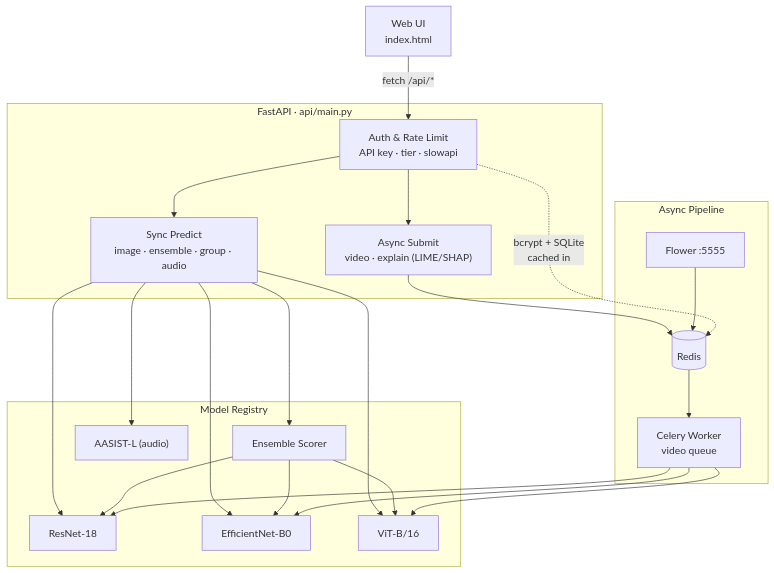
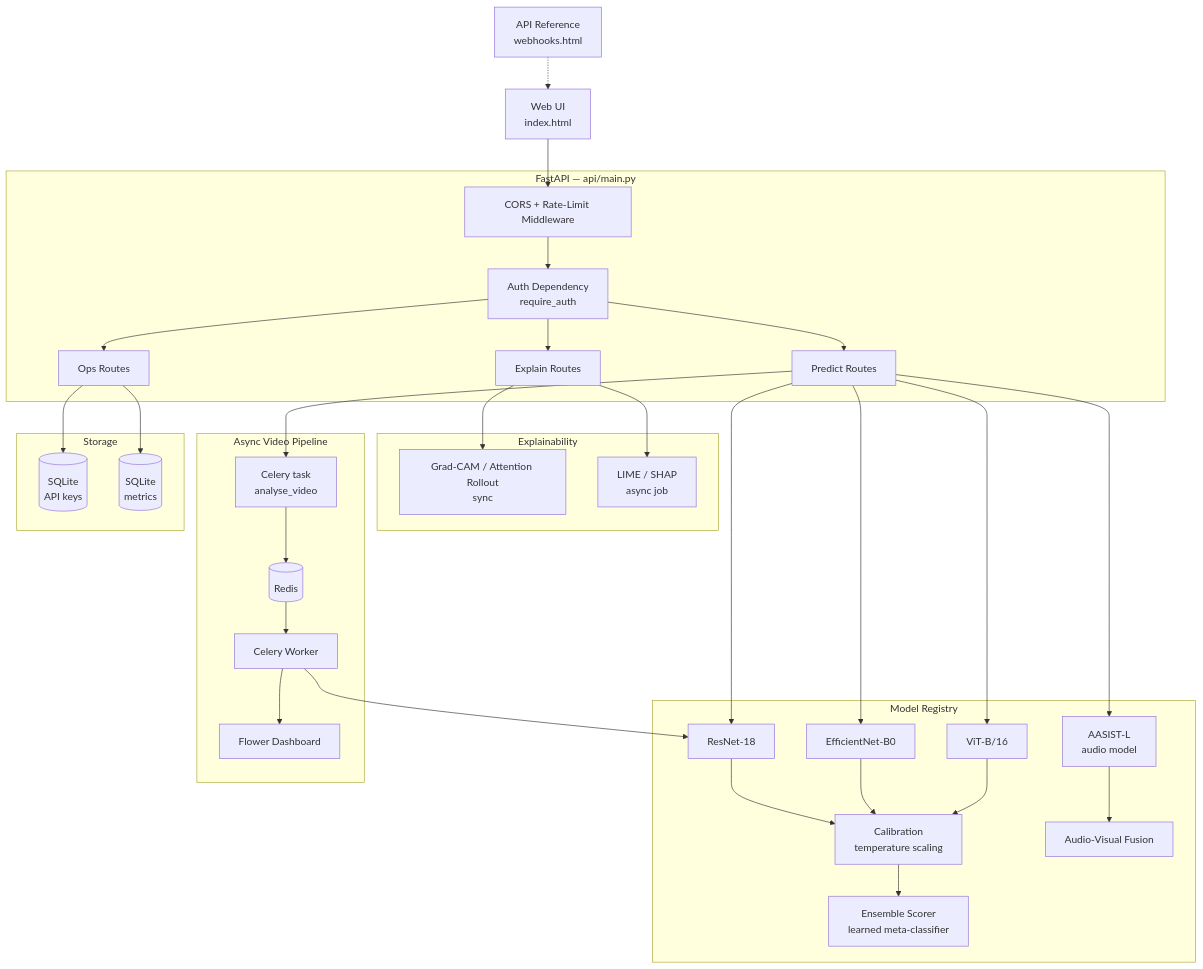
The first of 2 diagrams in README.md (obstinix/deeptrace), drawn with Mermaid before and after one commit. The commit also changed other lines of this file, not shown here.

````diff
--- a/README.md
+++ b/README.md
@@ -78,43 +89,68 @@
 ```mermaid
 flowchart TB
     UI["Web UI<br/>index.html"]
+    Docs["API Reference<br/>webhooks.html"]
 
-    subgraph API["FastAPI · api/main.py"]
-        AUTH["Auth & Rate Limit<br/>API key · tier · slowapi"]
-        SYNC["Sync Predict<br/>image · ensemble · group · audio"]
-        ASYNCEP["Async Submit<br/>video · explain (LIME/SHAP)"]
+    subgraph API["FastAPI — api/main.py"]
+        MW["CORS + Rate-Limit Middleware"]
+        AuthDep["Auth Dependency<br/>require_auth"]
+        PredictR["Predict Routes"]
+        ExplainR["Explain Routes"]
+        OpsR["Ops Routes"]
     end
 
-    subgraph MODELS["Model Registry"]
-        RN["ResNet-18"]
-        EN["EfficientNet-B0"]
-        VIT["ViT-B/16"]
-        ENSC["Ensemble Scorer"]
-        AA["AASIST-L (audio)"]
+    subgraph Registry["Model Registry"]
+        R18["ResNet-18"]
+        EffB0["EfficientNet-B0"]
+        ViT["ViT-B/16"]
+        Cal["Calibration<br/>temperature scaling"]
+        Ens["Ensemble Scorer<br/>learned meta-classifier"]
+        Audio["AASIST-L<br/>audio model"]
+        Fusion["Audio-Visual Fusion"]
     end
 
-    subgraph PIPE["Async Pipeline"]
-        REDIS[("Redis")]
-        CELERY["Celery Worker<br/>video queue"]
-        FLOWER["Flower :5555"]
+    subgraph ExplainEngine["Explainability"]
+        Fast["Grad-CAM / Attention Rollout<br/>sync"]
+        Slow["LIME / SHAP<br/>async job"]
     end
 
-    UI -->|"fetch /api/*"| AUTH
-    AUTH --> SYNC
-    AUTH --> ASYNCEP
-    SYNC --> RN
-    SYNC --> EN
-    SYNC --> VIT
-    SYNC --> AA
-    SYNC --> ENSC
-    ENSC --> RN
-    ENSC --> EN
-    ENSC --> VIT
-    ASYNCEP --> REDIS
-    REDIS --> CELERY
-    CELERY --> RN
-    CELERY --> EN
-    CELERY --> VIT
-    FLOWER --> REDIS
-    AUTH -.->|"bcrypt + SQLite<br/>cached in"| REDIS
+    subgraph AsyncVideo["Async Video Pipeline"]
+        Task["Celery task<br/>analyse_video"]
+        Redis[("Redis")]
+        Worker["Celery Worker"]
+        Flower["Flower Dashboard"]
+    end
+
+    subgraph Storage["Storage"]
+        KeyDB[("SQLite<br/>API keys")]
+        MetricsDB[("SQLite<br/>metrics")]
+    end
+
+    UI --> MW
+    Docs -.-> UI
+    MW --> AuthDep
+    AuthDep --> PredictR
+    AuthDep --> ExplainR
+    AuthDep --> OpsR
+
+    PredictR --> R18
+    PredictR --> EffB0
+    PredictR --> ViT
+    R18 --> Cal
+    EffB0 --> Cal
+    ViT --> Cal
+    Cal --> Ens
+    PredictR --> Audio
+    Audio --> Fusion
+    PredictR --> Task
+    Task --> Redis
+    Redis --> Worker
+    Worker --> R18
+    Worker --> Flower
+
+    ExplainR --> Fast
+    ExplainR --> Slow
+
+    OpsR --> KeyDB
+    OpsR --> MetricsDB
 ```
````
